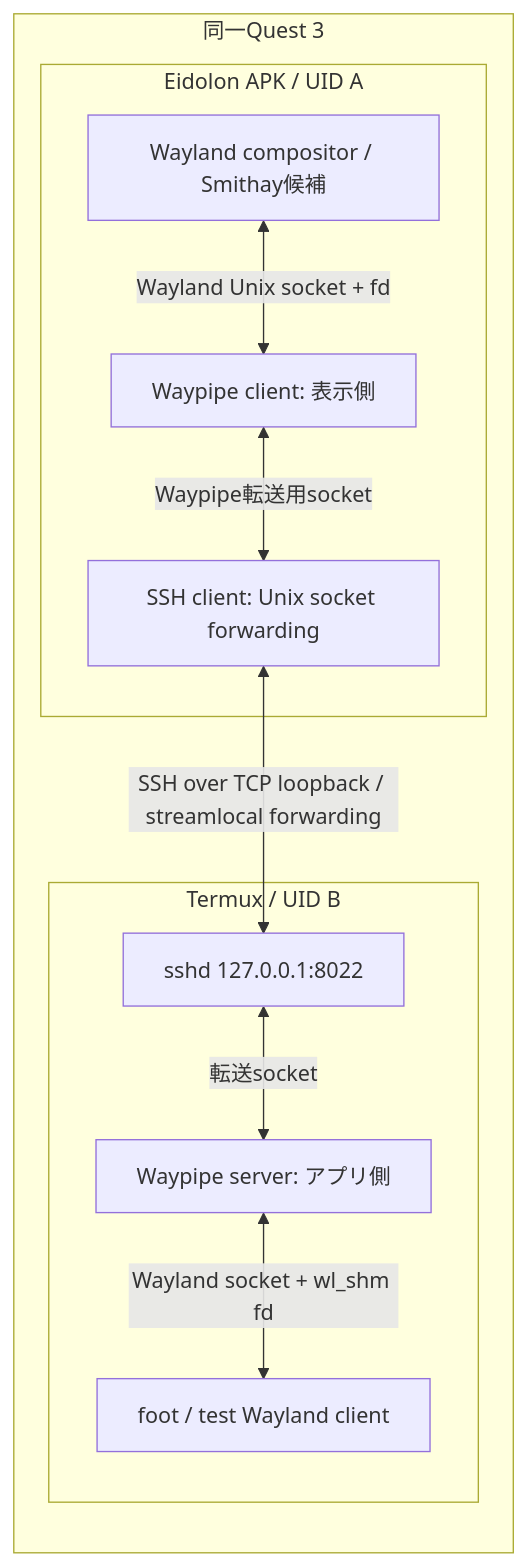
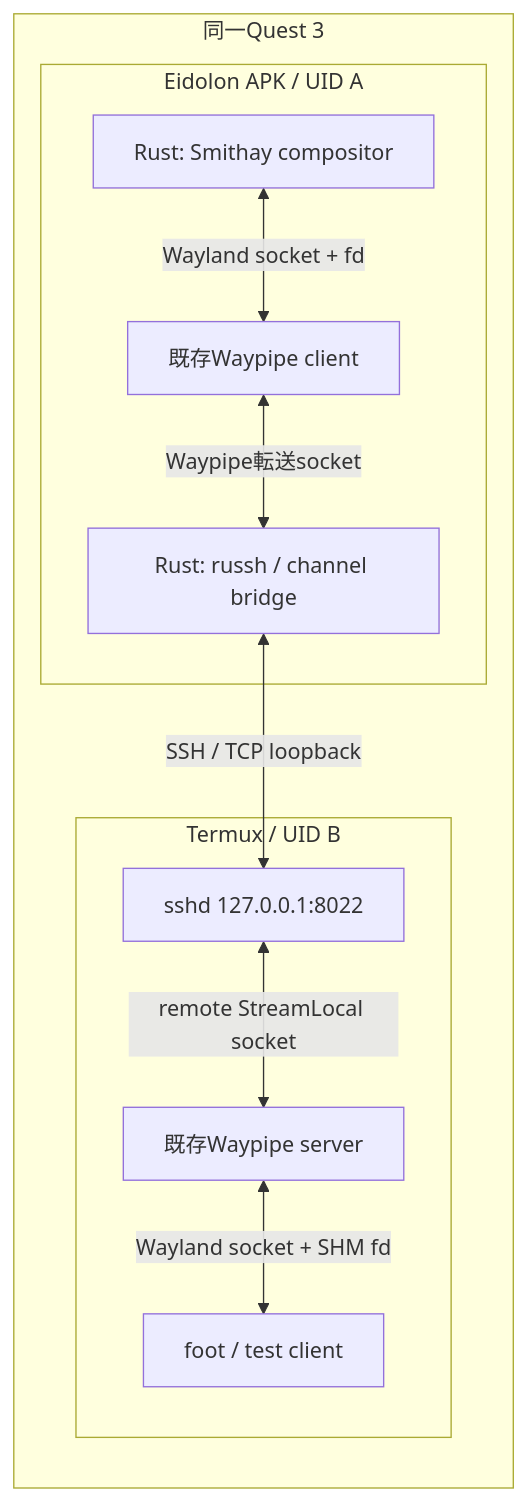
The fourth of 7 diagrams in docs/implementation-plan.md (tin-machine/eidolon-wayland), drawn with Mermaid before and after one commit. The commit also changed other lines of this file and 9 other files, not shown here.

```diff
--- a/docs/implementation-plan.md
+++ b/docs/implementation-plan.md
@@ -154,15 +173,14 @@
 ~~~mermaid
 flowchart LR
-  subgraph QUEST["同一Quest 3" ]
-    subgraph APK["Eidolon APK / UID A" ]
-      COMP["Wayland compositor / Smithay候補"] <-->|"Wayland Unix socket + fd"| WC["Waypipe client: 表示側"]
-      SSHC["SSH client: Unix socket forwarding"]
-      WC <-->|"Waypipe転送用socket"| SSHC
+  subgraph QUEST["同一Quest 3"]
+    subgraph APK["Eidolon APK / UID A"]
+      COMP["Rust: Smithay compositor"] <-->|"Wayland socket + fd"| WC["既存Waypipe client"]
+      WC <-->|"Waypipe転送socket"| SSHC["Rust: russh / channel bridge"]
     end
-    subgraph TERMUX["Termux / UID B" ]
-      SSHD["sshd 127.0.0.1:8022"] <-->|"転送socket"| WS["Waypipe server: アプリ側"]
-      WS <-->|"Wayland socket + wl_shm fd"| FOOT["foot / test Wayland client"]
+    subgraph TERMUX["Termux / UID B"]
+      SSHD["sshd 127.0.0.1:8022"] <-->|"remote StreamLocal socket"| WS["既存Waypipe server"]
+      WS <-->|"Wayland socket + SHM fd"| FOOT["foot / test client"]
     end
-    SSHC <-->|"SSH over TCP loopback / streamlocal forwarding"| SSHD
+    SSHC <-->|"SSH / TCP loopback"| SSHD
   end
 ~~~
```
